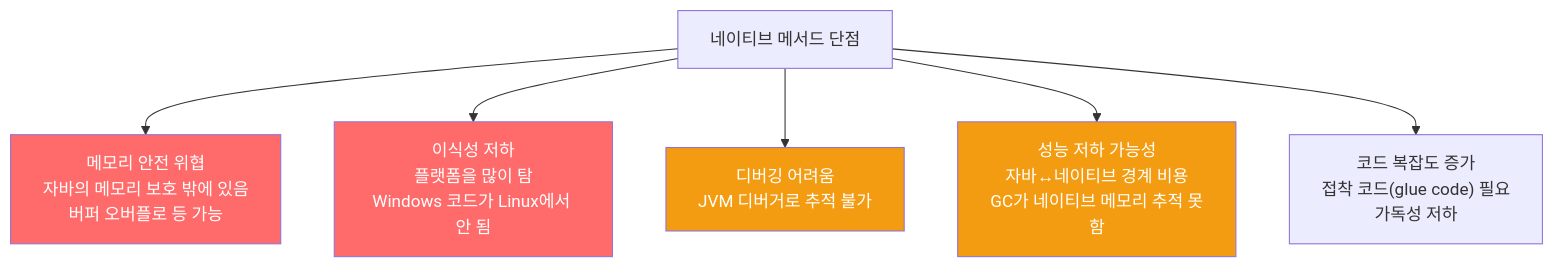
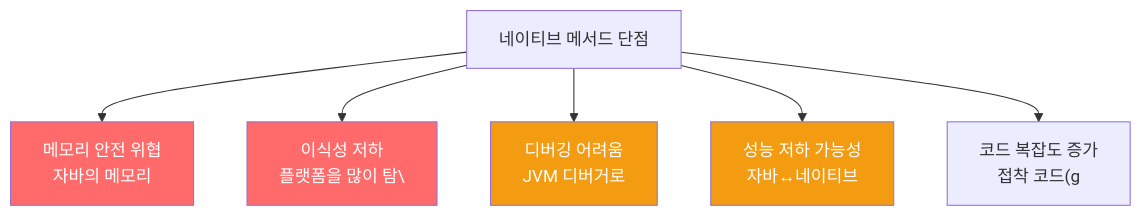
The diagram in _posts/java/2022-02-13-effective-java66.md (yjkim2015/yjkim2015.github.io), drawn with Mermaid before and after one commit. The commit also changed 271 other files, not shown here.

First line of the commit message:
Mermaid 라벨 축소: 긴 노드 텍스트 18자 이하로 트림 + \n 제거

````diff
--- a/_posts/java/2022-02-13-effective-java66.md
+++ b/_posts/java/2022-02-13-effective-java66.md
@@ -42,12 +42,12 @@
 ```mermaid
 graph TD
-    A["네이티브 메서드 단점"] --> B["메모리 안전 위협\n자바의 메모리 보호 밖에 있음\n버퍼 오버플로 등 가능"]
-    A --> C["이식성 저하\n플랫폼을 많이 탐\nWindows 코드가 Linux에서 안 됨"]
-    A --> D["디버깅 어려움\nJVM 디버거로 추적 불가"]
-    A --> E["성능 저하 가능성\n자바↔네이티브 경계 비용\nGC가 네이티브 메모리 추적 못함"]
-    A --> F["코드 복잡도 증가\n접착 코드(glue code) 필요\n가독성 저하"]
+    A["네이티브 메서드 단점"] --> B["메모리 안전 위협\n자바의 메모리"]
+    A --> C["이식성 저하\n플랫폼을 많이 탐\"]
+    A --> D["디버깅 어려움\nJVM 디버거로"]
+    A --> E["성능 저하 가능성\n자바↔네이티브"]
+    A --> F["코드 복잡도 증가\n접착 코드(g"]
     style B fill:#ff6b6b,color:#fff
     style C fill:#ff6b6b,color:#fff
     style D fill:#f39c12,color:#fff
     style E fill:#f39c12,color:#fff
 ```
````
